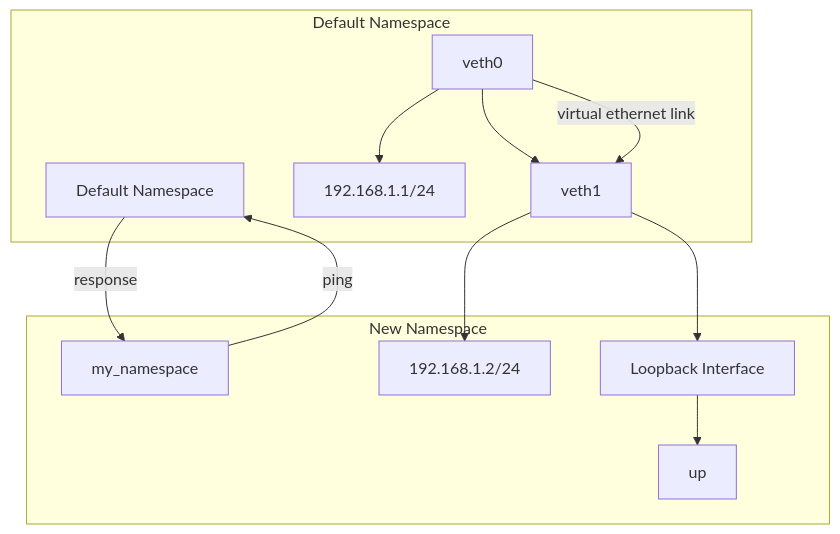
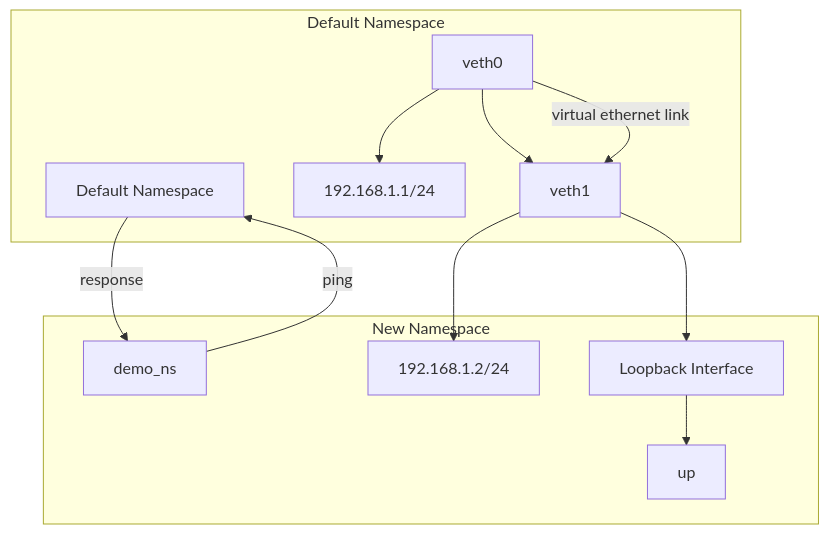
One commit to moabukar/unix-net changed the first of 2 diagrams in unix-net.md. Above: the diagram before and after it, drawn with Mermaid. The commit also changed other lines of this file and 4 other files, not shown here.

````diff
--- a/unix-net.md
+++ b/unix-net.md
@@ -14,20 +14,20 @@
 ```mermaid
 graph TD
     subgraph Default Namespace
         A[Default Namespace]
         veth0
         veth0 --> B[192.168.1.1/24]
         veth0 --> veth1
     end
 
     subgraph New Namespace
-        A1[my_namespace]
+        A1[demo_ns]
         veth1 --> B1[192.168.1.2/24]
         veth1 --> lo
         lo[Loopback Interface] --> lo_up[up]
     end
 
     veth0 -->|virtual ethernet link| veth1
     A1 -->|ping| A
     A -->|response| A1
 ```
````
